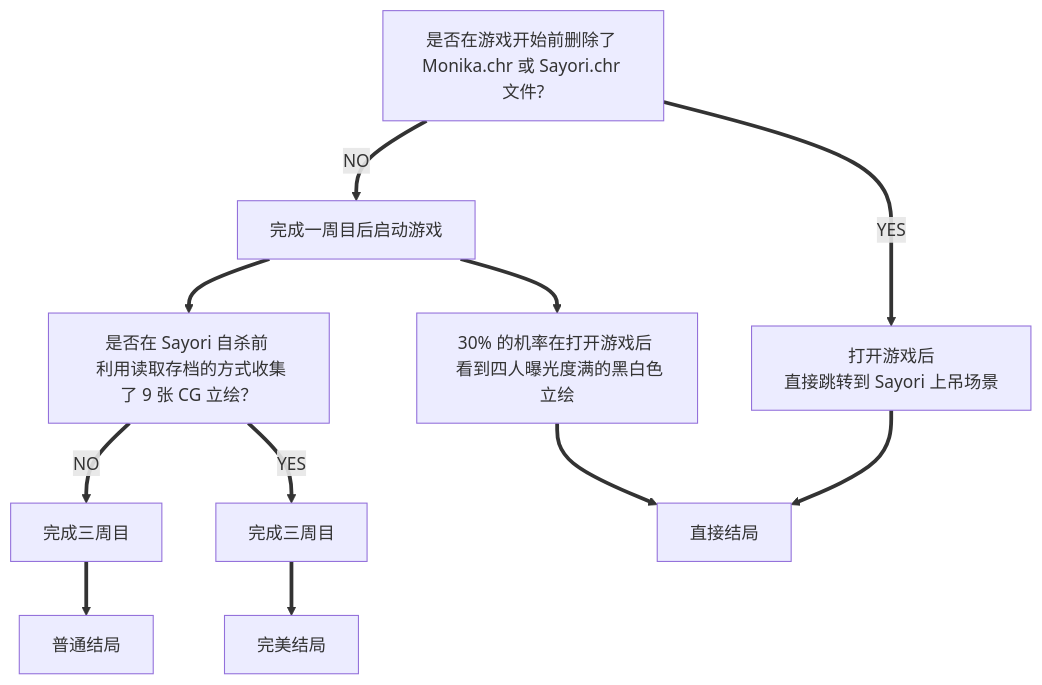
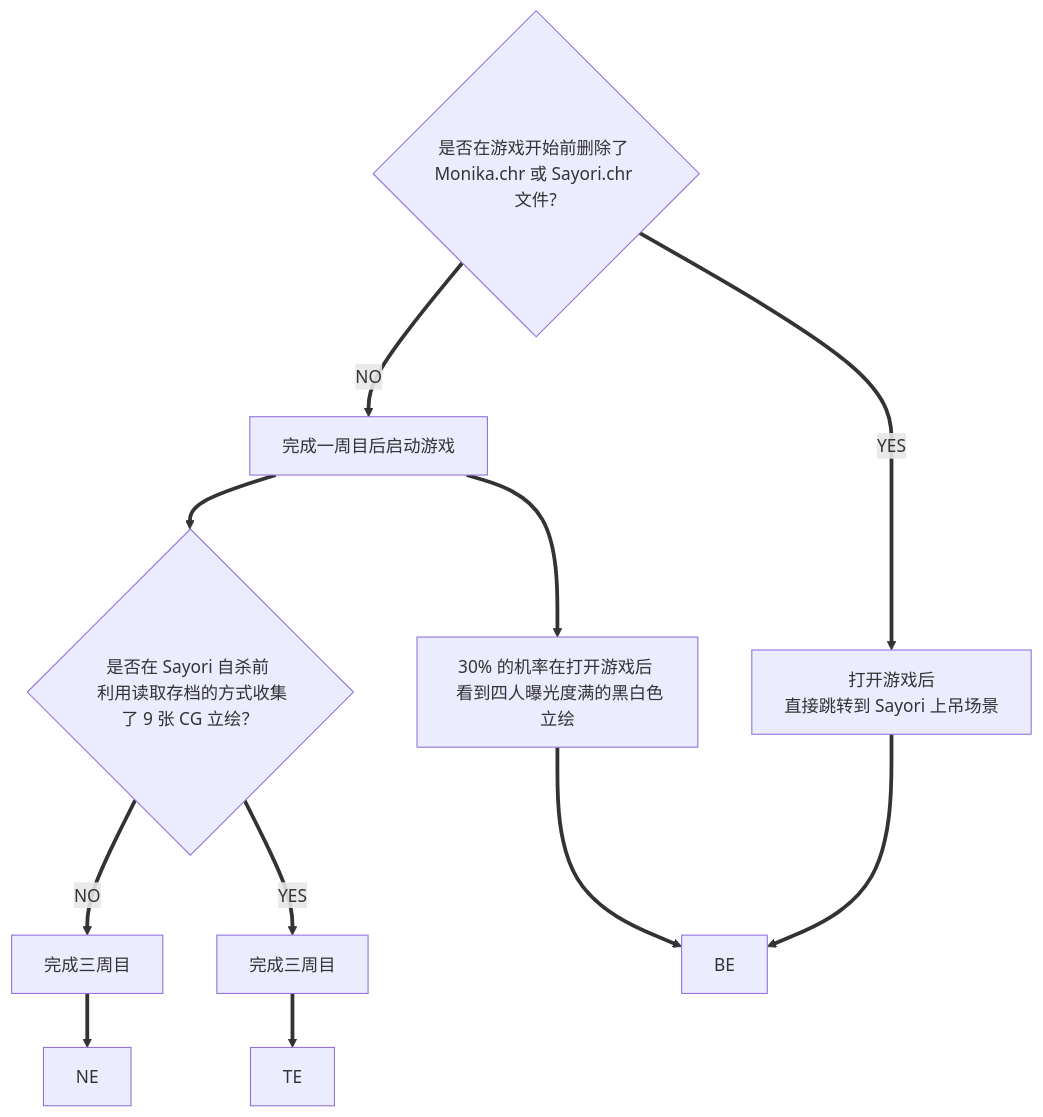
One commit to AntJun/antjun.github.io changed the diagram in _posts/2019-11-11-Inspiring-Games-DDLC.md. Above: the diagram before and after it, drawn with Mermaid. The commit also changed other lines of this file and 4 other files, not shown here.

````diff
--- a/_posts/2019-11-11-Inspiring-Games-DDLC.md
+++ b/_posts/2019-11-11-Inspiring-Games-DDLC.md
@@ -79,23 +56,23 @@
 ```mermaid
 graph TB;
-    A1["是否在游戏开始前删除了 Monika.chr 或 Sayori.chr 文件?"]
+    A1{"是否在游戏开始前删除了 Monika.chr 或 Sayori.chr 文件?"}
 	A2["完成一周目后启动游戏"]
-    B["是否在 Sayori 自杀前 <br> 利用读取存档的方式收集了 9 张 CG 立绘？"]
+    B{"是否在 Sayori 自杀前 <br> 利用读取存档的方式收集了 9 张 CG 立绘？"}
 	C1["打开游戏后 <br> 直接跳转到 Sayori 上吊场景"]
 	C2["30% 的机率在打开游戏后 <br> 看到四人曝光度满的黑白色立绘"]
 	D["完成三周目"]
 	E["完成三周目"]
-	X["直接结局"]
-	Y["普通结局"]
-	Z["完美结局"]
+	X["BE"]
+	Y["NE"]
+	Z["TE"]
     A1==NO==>A2;
 	A2==>B;
 	A2==>C2;
     A1==YES==>C1;
     B==NO==>D;
     B==YES==>E;
 	C1==>X;
 	C2==>X;
 	D==>Y;
 	E==>Z;
 ```
````
